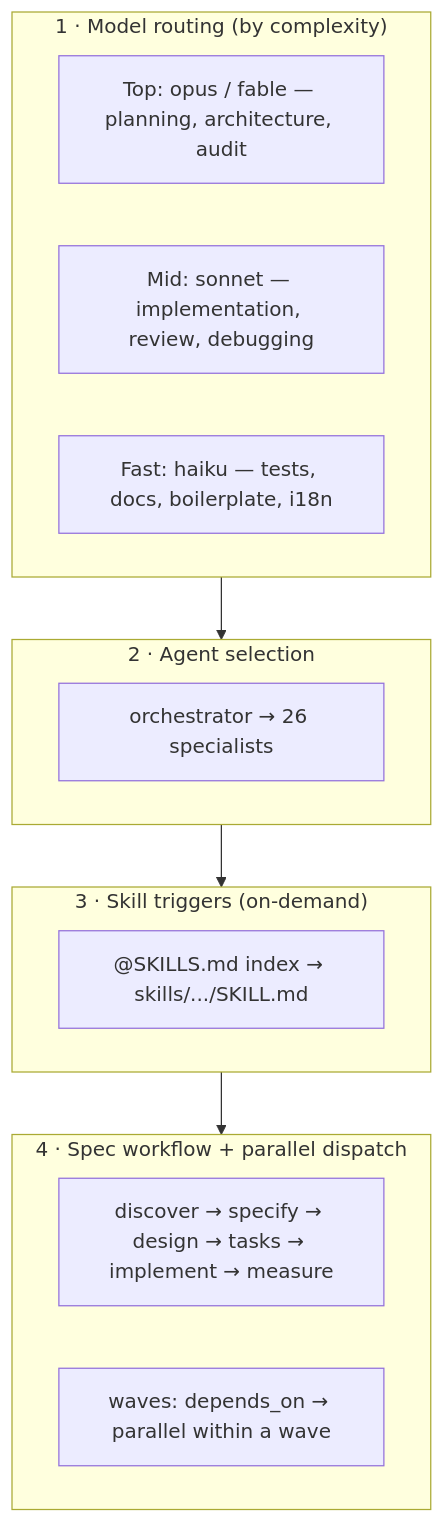
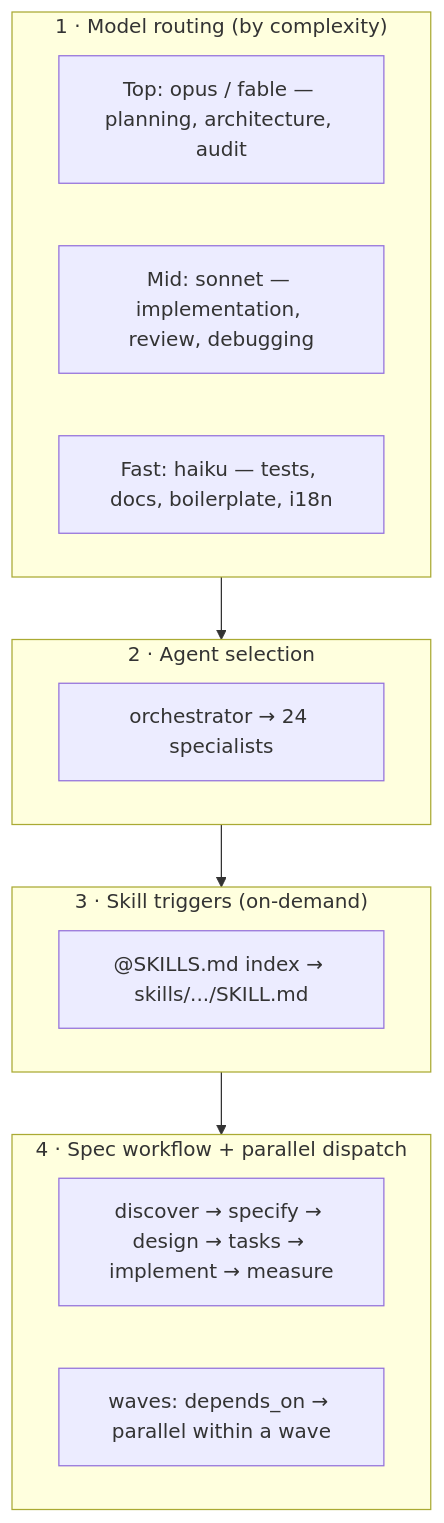
One commit to plocemourasouza/osforge changed the fourth of 5 diagrams in README.md. Above: the diagram before and after it, drawn with Mermaid. The commit also changed other lines of this file and 18 other files, not shown here.

````diff
--- a/README.md
+++ b/README.md
@@ -137,19 +137,19 @@
 ```mermaid
 flowchart TB
   subgraph L1["1 · Model routing (by complexity)"]
     T1["Top: opus / fable — planning, architecture, audit"]
     T2["Mid: sonnet — implementation, review, debugging"]
     T3["Fast: haiku — tests, docs, boilerplate, i18n"]
   end
   subgraph L2["2 · Agent selection"]
-    A1["orchestrator → 26 specialists"]
+    A1["orchestrator → 24 specialists"]
   end
   subgraph L3["3 · Skill triggers (on-demand)"]
     S1["@SKILLS.md index → skills/.../SKILL.md"]
   end
   subgraph L4["4 · Spec workflow + parallel dispatch"]
     P1["discover → specify → design → tasks → implement → measure"]
     P2["waves: depends_on → parallel within a wave"]
   end
   L1 --> L2 --> L3 --> L4
 ```
````
